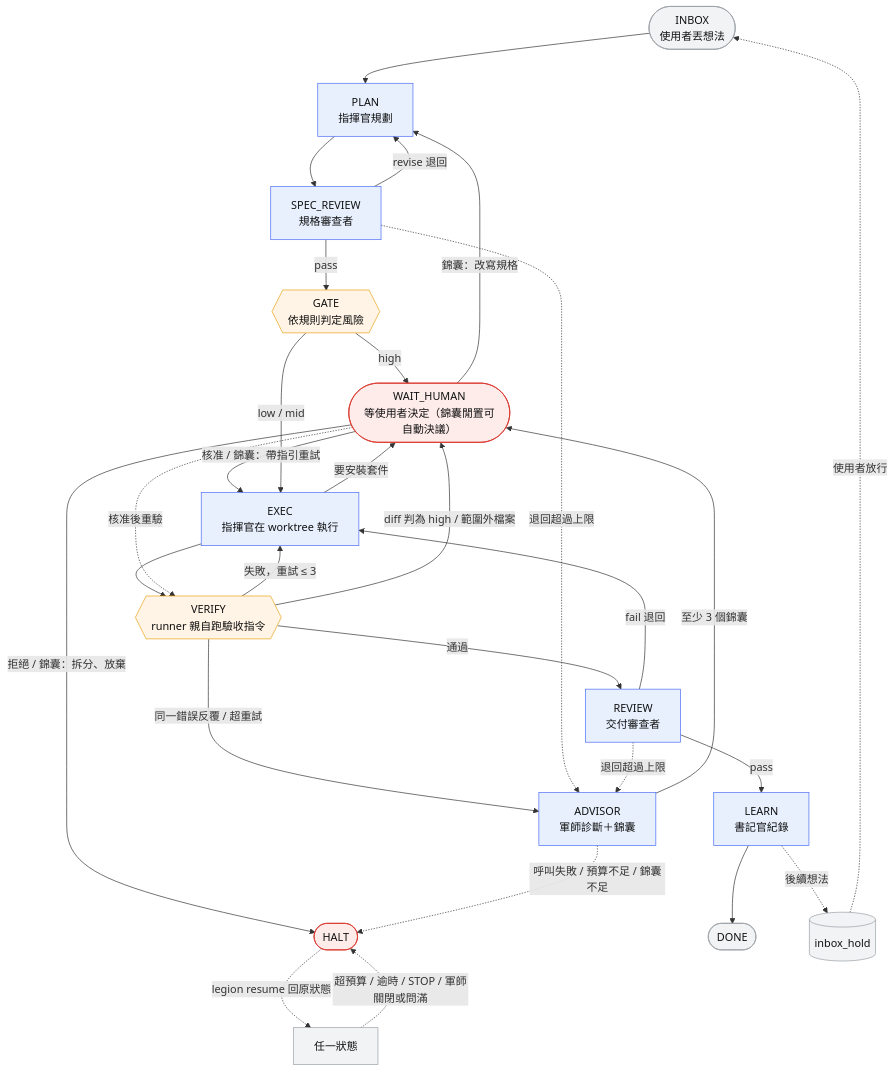
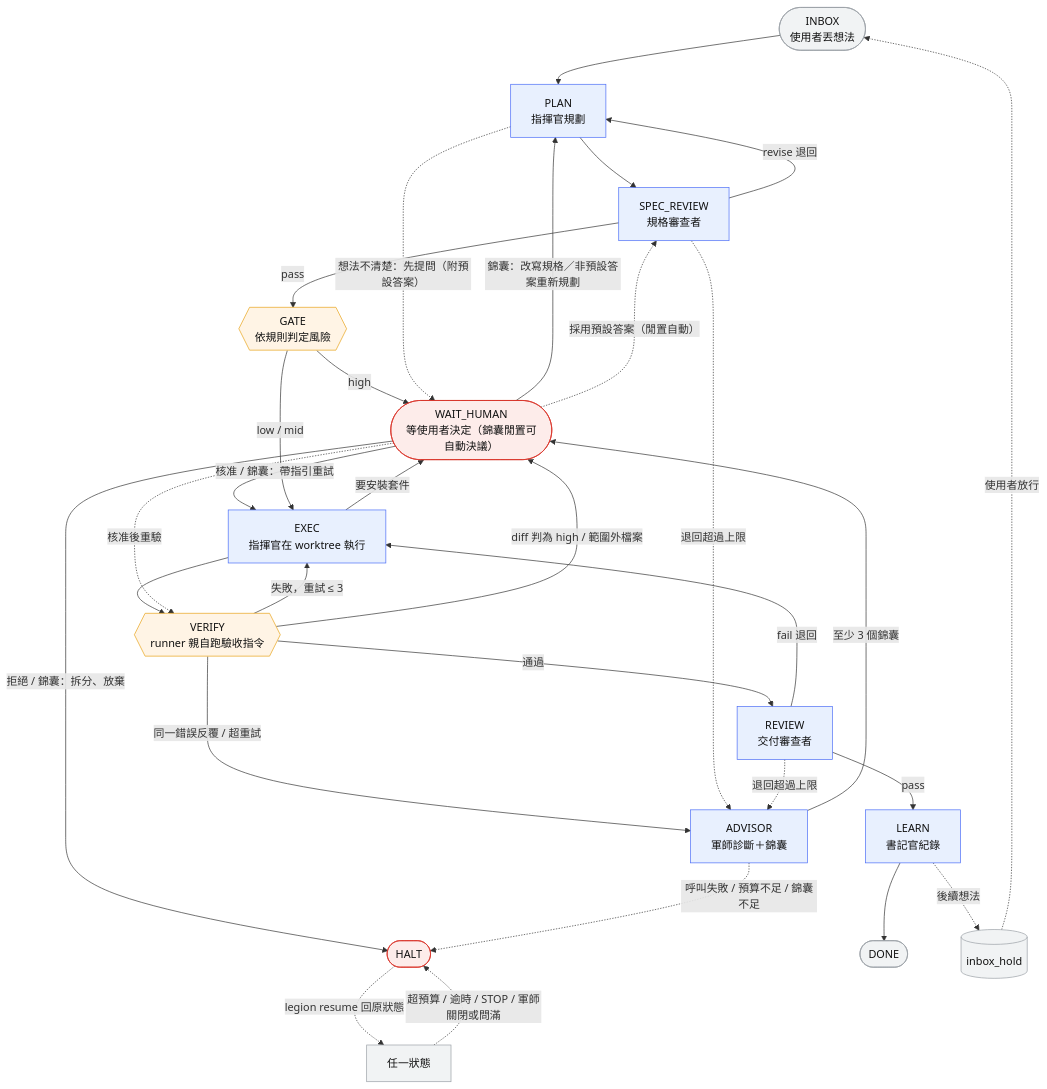
The first of 3 diagrams in README.md (lederyide-dotcom/agent-legion), drawn with Mermaid before and after one commit. The commit also changed other lines of this file and 23 other files, not shown here.

````diff
--- a/README.md
+++ b/README.md
@@ -18,39 +18,41 @@
 ```mermaid
 flowchart TD
     INBOX([INBOX<br/>使用者丟想法]) --> PLAN[PLAN<br/>指揮官規劃]
     PLAN --> SR[SPEC_REVIEW<br/>規格審查者]
     SR -- revise 退回 --> PLAN
     SR -- pass --> GATE{{GATE<br/>依規則判定風險}}
     GATE -- high --> WH([WAIT_HUMAN<br/>等使用者決定（錦囊閒置可自動決議）])
     WH -- 核准 / 錦囊：帶指引重試 --> EXEC[EXEC<br/>指揮官在 worktree 執行]
     WH -- 拒絕 / 錦囊：拆分、放棄 --> HALT([HALT])
     GATE -- low / mid --> EXEC
     EXEC --> VERIFY{{VERIFY<br/>runner 親自跑驗收指令}}
     EXEC -- 要安裝套件 --> WH
     VERIFY -- 失敗，重試 ≤ 3 --> EXEC
     VERIFY -- 通過 --> REVIEW[REVIEW<br/>交付審查者]
     VERIFY -- diff 判為 high / 範圍外檔案 --> WH
     WH -. 核准後重驗 .-> VERIFY
     REVIEW -- fail 退回 --> EXEC
     REVIEW -- pass --> LEARN[LEARN<br/>書記官紀錄]
     LEARN --> DONE([DONE])
     LEARN -. 後續想法 .-> HOLD[(inbox_hold)]
     HOLD -. 使用者放行 .-> INBOX
     VERIFY -- 同一錯誤反覆 / 超重試 --> ADV[ADVISOR<br/>軍師診斷＋錦囊]
     SR -. 退回超過上限 .-> ADV
     REVIEW -. 退回超過上限 .-> ADV
     ADV -- 至少 3 個錦囊 --> WH
     ADV -. 呼叫失敗 / 預算不足 / 錦囊不足 .-> HALT
-    WH -- 錦囊：改寫規格 --> PLAN
+    WH -- 錦囊：改寫規格／非預設答案重新規劃 --> PLAN
+    PLAN -. 想法不清楚：先提問（附預設答案） .-> WH
+    WH -. 採用預設答案（閒置自動） .-> SR
     ANY[任一狀態] -. 超預算 / 逾時 / STOP / 軍師關閉或問滿 .-> HALT
     HALT -. legion resume 回原狀態 .-> ANY
 
     classDef claude fill:#e8f0fe,stroke:#4a6cf7,color:#111
     classDef runner fill:#fff4e5,stroke:#e8a317,color:#111
     classDef human fill:#fdecea,stroke:#d93025,color:#111
     classDef plain fill:#f1f3f4,stroke:#9aa0a6,color:#111
     class PLAN,SR,EXEC,REVIEW,LEARN,ADV claude
     class GATE,VERIFY runner
     class WH,HALT human
     class INBOX,DONE,HOLD,ANY plain
 ```
````
